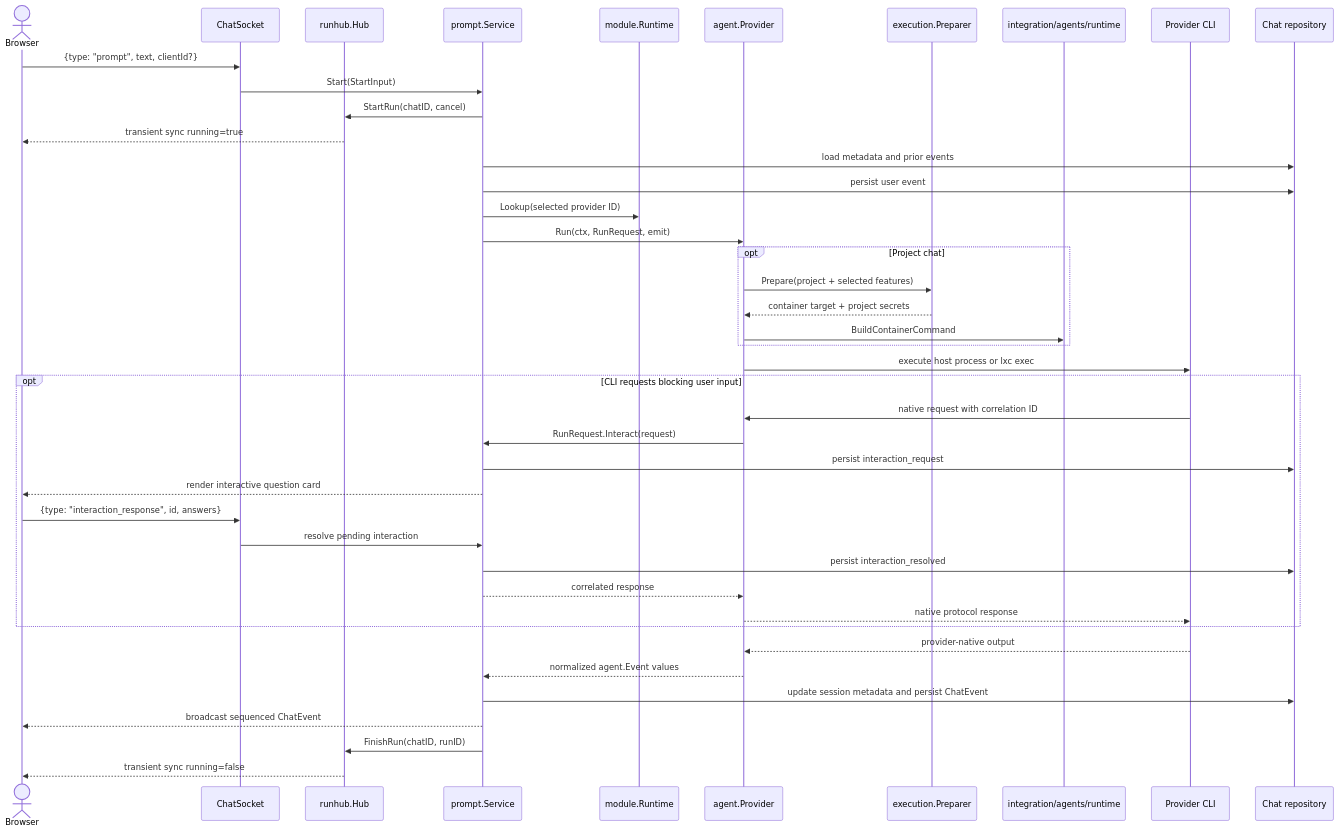
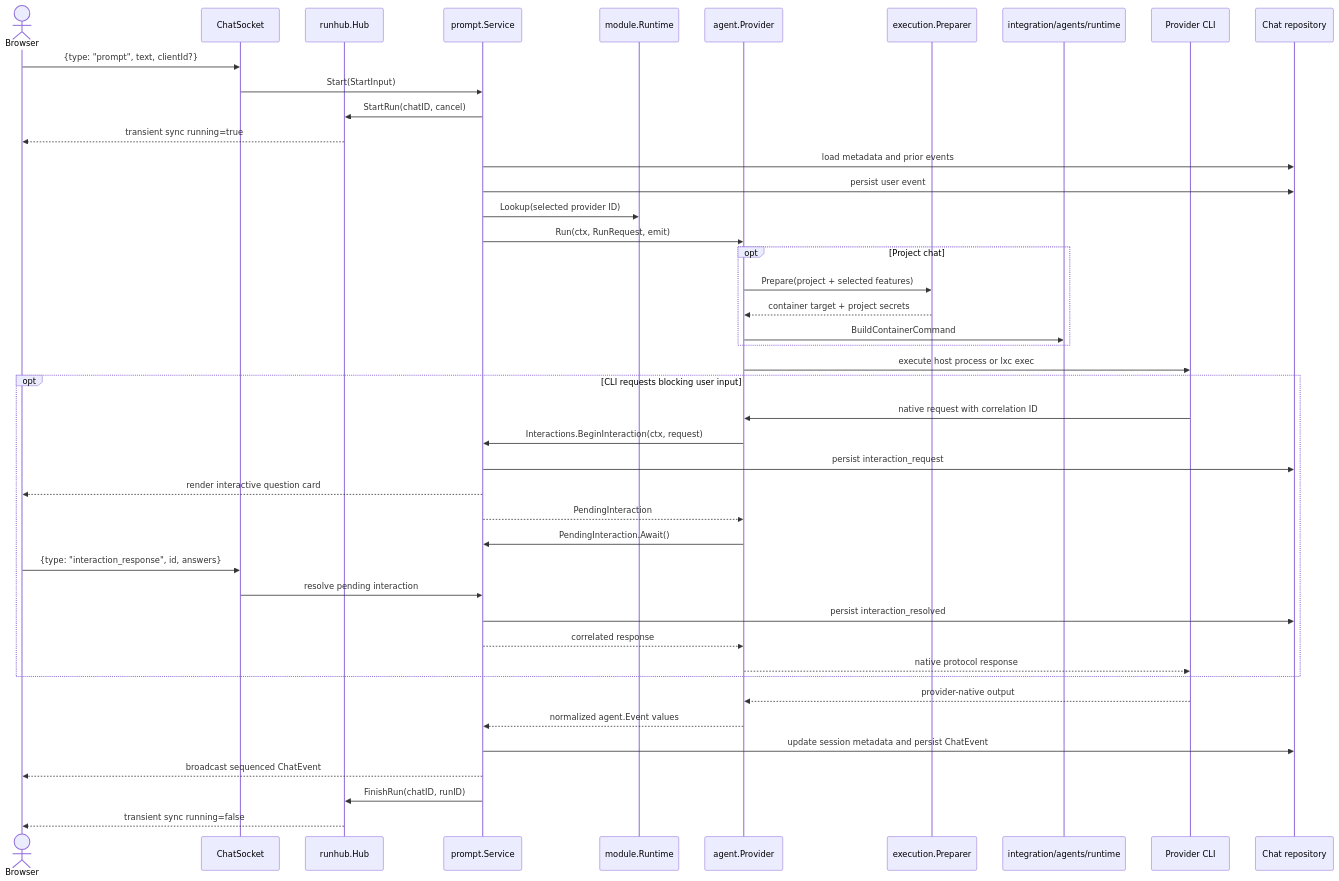
The diagram in docs/dev/agents/02-runtime-and-event-parsing.md (AbdallahMohamedDotnet/remote.futrx), drawn with Mermaid before and after one commit. The commit also changed other lines of this file and 8 other files, not shown here.

````diff
--- a/docs/dev/agents/02-runtime-and-event-parsing.md
+++ b/docs/dev/agents/02-runtime-and-event-parsing.md
@@ -10,45 +10,47 @@
 ```mermaid
 sequenceDiagram
     actor Browser
     participant Socket as ChatSocket
     participant Hub as runhub.Hub
     participant Prompt as prompt.Service
     participant Runtime as module.Runtime
     participant Provider as agent.Provider
     participant Prep as execution.Preparer
     participant Cmd as integration/agents/runtime
     participant CLI as Provider CLI
     participant Store as Chat repository
 
     Browser->>Socket: {type: "prompt", text, clientId?}
     Socket->>Prompt: Start(StartInput)
     Prompt->>Hub: StartRun(chatID, cancel)
     Hub-->>Browser: transient sync running=true
     Prompt->>Store: load metadata and prior events
     Prompt->>Store: persist user event
     Prompt->>Runtime: Lookup(selected provider ID)
     Prompt->>Provider: Run(ctx, RunRequest, emit)
     opt Project chat
         Provider->>Prep: Prepare(project + selected features)
         Prep-->>Provider: container target + project secrets
         Provider->>Cmd: BuildContainerCommand
     end
     Provider->>CLI: execute host process or lxc exec
     opt CLI requests blocking user input
         CLI->>Provider: native request with correlation ID
-        Provider->>Prompt: RunRequest.Interact(request)
+        Provider->>Prompt: Interactions.BeginInteraction(ctx, request)
         Prompt->>Store: persist interaction_request
         Prompt-->>Browser: render interactive question card
+        Prompt-->>Provider: PendingInteraction
+        Provider->>Prompt: PendingInteraction.Await()
         Browser->>Socket: {type: "interaction_response", id, answers}
         Socket->>Prompt: resolve pending interaction
         Prompt->>Store: persist interaction_resolved
         Prompt-->>Provider: correlated response
         Provider-->>CLI: native protocol response
     end
     CLI-->>Provider: provider-native output
     Provider-->>Prompt: normalized agent.Event values
     Prompt->>Store: update session metadata and persist ChatEvent
     Prompt-->>Browser: broadcast sequenced ChatEvent
     Prompt->>Hub: FinishRun(chatID, runID)
     Hub-->>Browser: transient sync running=false
 ```
````
